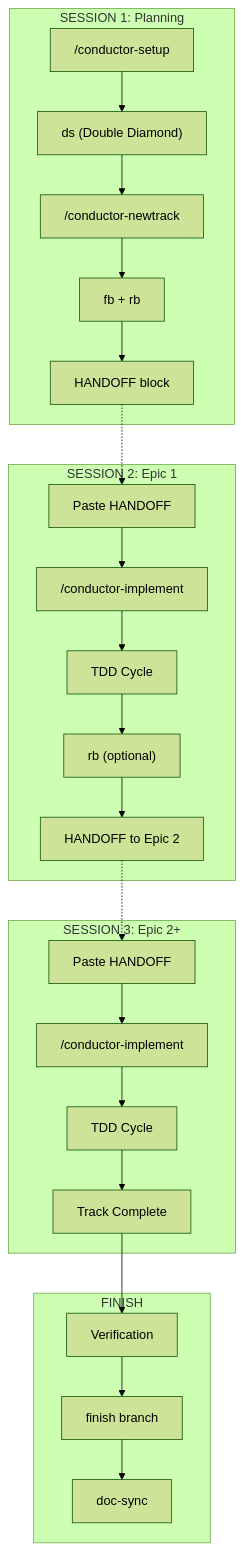
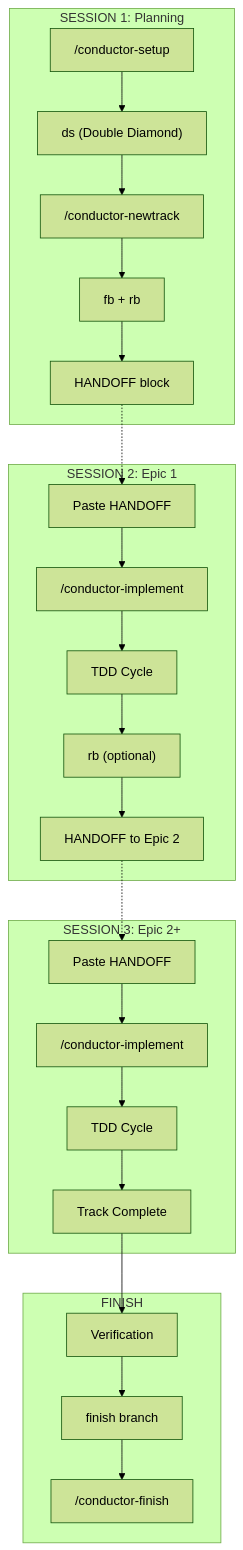
The tenth of 10 diagrams in docs/PIPELINE_ARCHITECTURE.md (ReinaMacCredy/maestro), drawn with Mermaid (forest theme) before and after one commit. The commit also changed other lines of this file and 24 other files, not shown here.

First line of the commit message:
feat: add /conductor-finish command with doc-sync integration

````diff
--- a/docs/PIPELINE_ARCHITECTURE.md
+++ b/docs/PIPELINE_ARCHITECTURE.md
@@ -379,43 +379,43 @@
 ```mermaid
 flowchart TB
     subgraph SESSION1["SESSION 1: Planning"]
         S1_SETUP["/conductor-setup"]
         S1_DS["ds (Double Diamond)"]
         S1_NEWTRACK["/conductor-newtrack"]
         S1_FB["fb + rb"]
         S1_HANDOFF["HANDOFF block"]
         
         S1_SETUP --> S1_DS --> S1_NEWTRACK --> S1_FB --> S1_HANDOFF
     end
     
     subgraph SESSION2["SESSION 2: Epic 1"]
         S2_PASTE["Paste HANDOFF"]
         S2_IMPLEMENT["/conductor-implement"]
         S2_TDD["TDD Cycle"]
         S2_RB["rb (optional)"]
         S2_HANDOFF["HANDOFF to Epic 2"]
         
         S2_PASTE --> S2_IMPLEMENT --> S2_TDD --> S2_RB --> S2_HANDOFF
     end
     
     subgraph SESSION3["SESSION 3: Epic 2+"]
         S3_PASTE["Paste HANDOFF"]
         S3_IMPLEMENT["/conductor-implement"]
         S3_TDD["TDD Cycle"]
         S3_COMPLETE["Track Complete"]
         
         S3_PASTE --> S3_IMPLEMENT --> S3_TDD --> S3_COMPLETE
     end
     
     subgraph FINISH["FINISH"]
         F_VERIFY["Verification"]
         F_BRANCH["finish branch"]
-        F_DOCSYNC["doc-sync"]
+        F_FINISH_CMD["/conductor-finish"]
         
-        F_VERIFY --> F_BRANCH --> F_DOCSYNC
+        F_VERIFY --> F_BRANCH --> F_FINISH_CMD
     end
     
     S1_HANDOFF -.-> S2_PASTE
     S2_HANDOFF -.-> S3_PASTE
     S3_COMPLETE --> F_VERIFY
 ```
````
